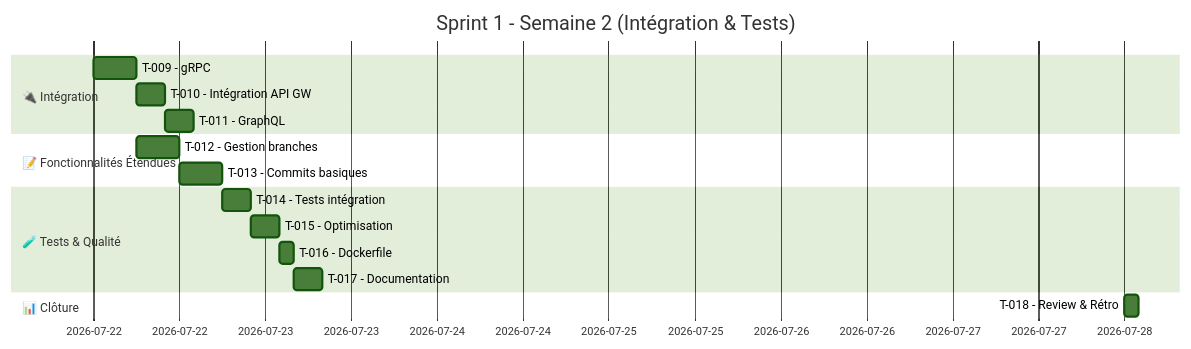
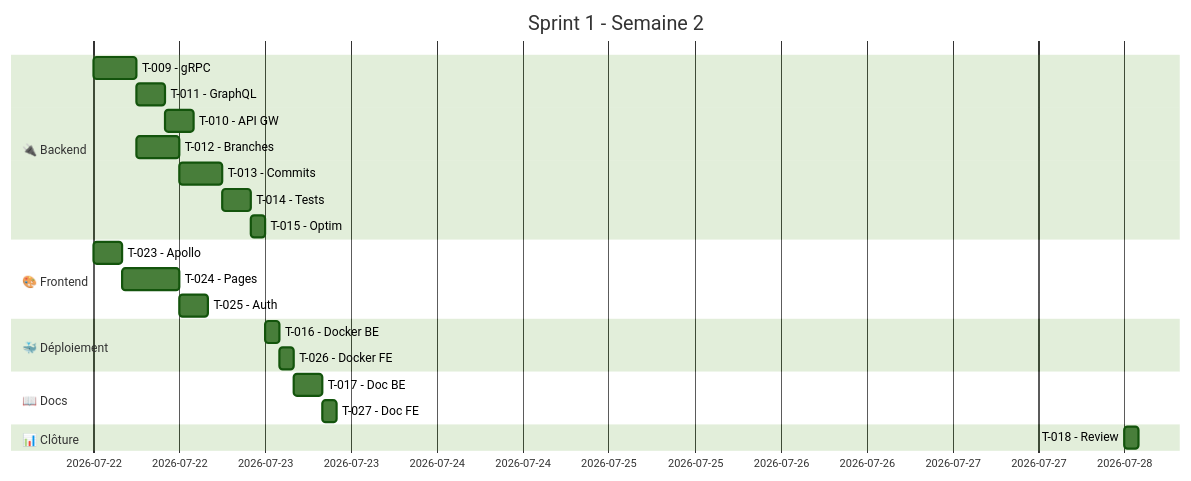
Before and after one commit to b-laffitte-dev/tartigrade: the second of 3 diagrams in SPRINT-1-PLAN.md, drawn with Mermaid (forest theme). The commit also changed other lines of this file, not shown here.

````diff
--- a/SPRINT-1-PLAN.md
+++ b/SPRINT-1-PLAN.md
@@ -112,24 +130,25 @@
 ```mermaid
 gantt
-    title Sprint 1 - Semaine 2 (Intégration & Tests)
+    title Sprint 1 - Semaine 2
     dateFormat  YYYY-MM-DD
-    todayMarker stroke-width:2px,stroke:#FF5733,stroke-dasharray: 5 5
-    
-    section 🔌 Intégration
-    T-009 - gRPC                 :e1, 2026-07-22, 6h
-    T-010 - Intégration API GW  :e2, after e1, 4h
-    T-011 - GraphQL             :e3, after e2, 4h
-    
-    section 📝 Fonctionnalités Étendues
-    T-012 - Gestion branches    :f1, after e1, 6h
-    T-013 - Commits basiques    :f2, after f1, 6h
-    
-    section 🧪 Tests & Qualité
-    T-014 - Tests intégration   :g1, after f2, 4h
-    T-015 - Optimisation       :g2, after g1, 4h
-    T-016 - Dockerfile          :g3, after g2, 2h
-    T-017 - Documentation       :g4, after g3, 4h
-    
+    section 🔌 Backend
+    T-009 - gRPC :a1, 2026-07-22, 6h
+    T-011 - GraphQL :a2, after a1, 4h
+    T-010 - API GW :a3, after a2, 4h
+    T-012 - Branches :b1, after a1, 6h
+    T-013 - Commits :b2, after b1, 6h
+    T-014 - Tests :d1, after b2, 4h
+    T-015 - Optim :d2, after d1, 2h
+    section 🎨 Frontend
+    T-023 - Apollo :c1, 2026-07-22, 4h
+    T-024 - Pages :c2, after c1, 8h
+    T-025 - Auth :c3, after c2, 4h
+    section 🐳 Déploiement
+    T-016 - Docker BE :e1, after d2, 2h
+    T-026 - Docker FE :e2, after e1, 2h
+    section 📖 Docs
+    T-017 - Doc BE :f1, after e2, 4h
+    T-027 - Doc FE :f2, after f1, 2h
     section 📊 Clôture
-    T-018 - Review & Rétro      :h1, 2026-07-28, 2h
+    T-018 - Review :g1, 2026-07-28, 2h
 ```
````
